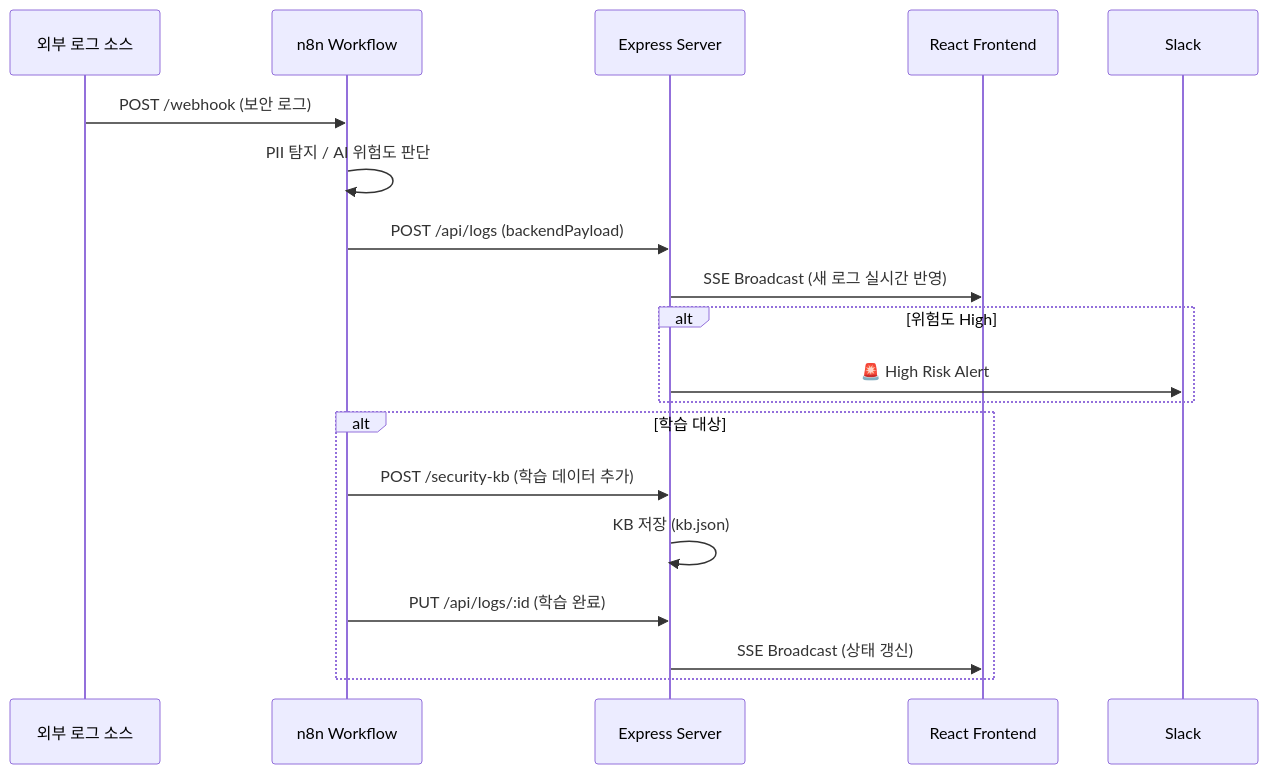
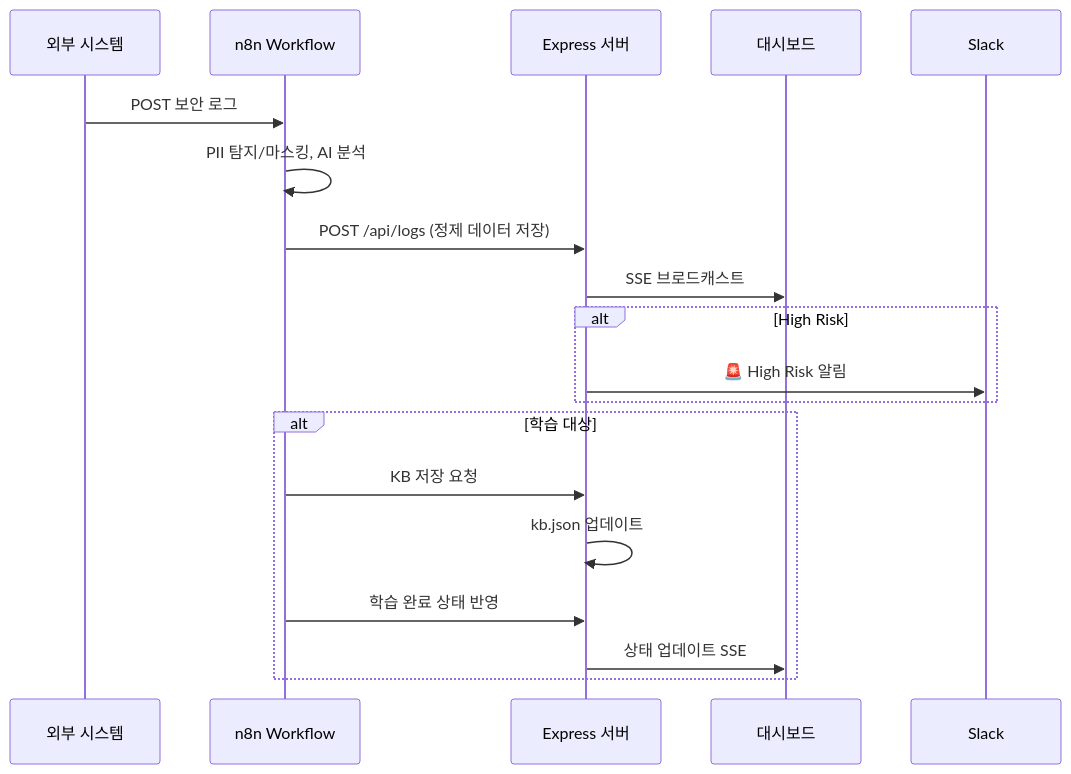
Before and after one commit to jihun-moon/im-bank-n8n-agent: the third of 3 diagrams in README.md, drawn with Mermaid. The commit also changed other lines of this file, not shown here.

````diff
--- a/README.md
+++ b/README.md
@@ -139,23 +152,23 @@
 ```mermaid
 sequenceDiagram
-    participant External as 외부 로그 소스
+    participant External as 외부 시스템
     participant n8n as n8n Workflow
-    participant Backend as Express Server
-    participant Dashboard as React Frontend
+    participant Backend as Express 서버
+    participant Dash as 대시보드
 
-    External->>n8n: POST /webhook (보안 로그)
-    n8n->>n8n: PII 탐지 / AI 위험도 판단
-    n8n->>Backend: POST /api/logs (backendPayload)
-    Backend->>Dashboard: SSE Broadcast (새 로그 실시간 반영)
+    External->>n8n: POST 보안 로그
+    n8n->>n8n: PII 탐지/마스킹, AI 분석
+    n8n->>Backend: POST /api/logs (정제 데이터 저장)
+    Backend->>Dash: SSE 브로드캐스트
 
-    alt 위험도 High
-        Backend->>Slack: 🚨 High Risk Alert
+    alt High Risk
+        Backend->>Slack: 🚨 High Risk 알림
     end
 
     alt 학습 대상
-        n8n->>Backend: POST /security-kb (학습 데이터 추가)
-        Backend->>Backend: KB 저장 (kb.json)
-        n8n->>Backend: PUT /api/logs/:id (학습 완료)
-        Backend->>Dashboard: SSE Broadcast (상태 갱신)
+        n8n->>Backend: KB 저장 요청
+        Backend->>Backend: kb.json 업데이트
+        n8n->>Backend: 학습 완료 상태 반영
+        Backend->>Dash: 상태 업데이트 SSE
     end
 ```
````
